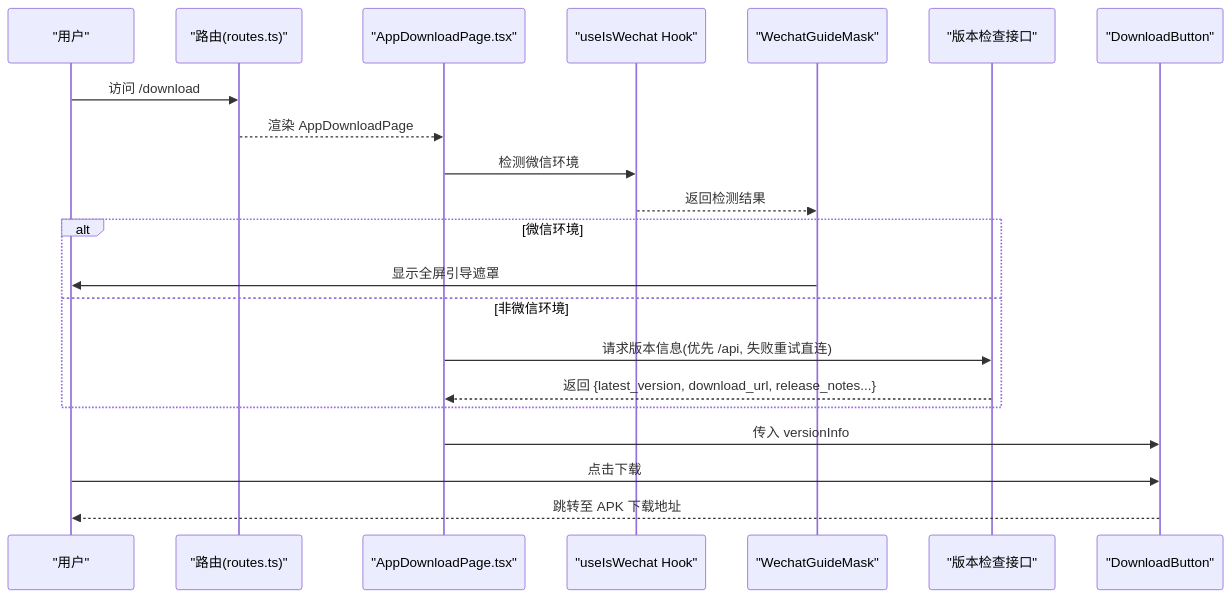
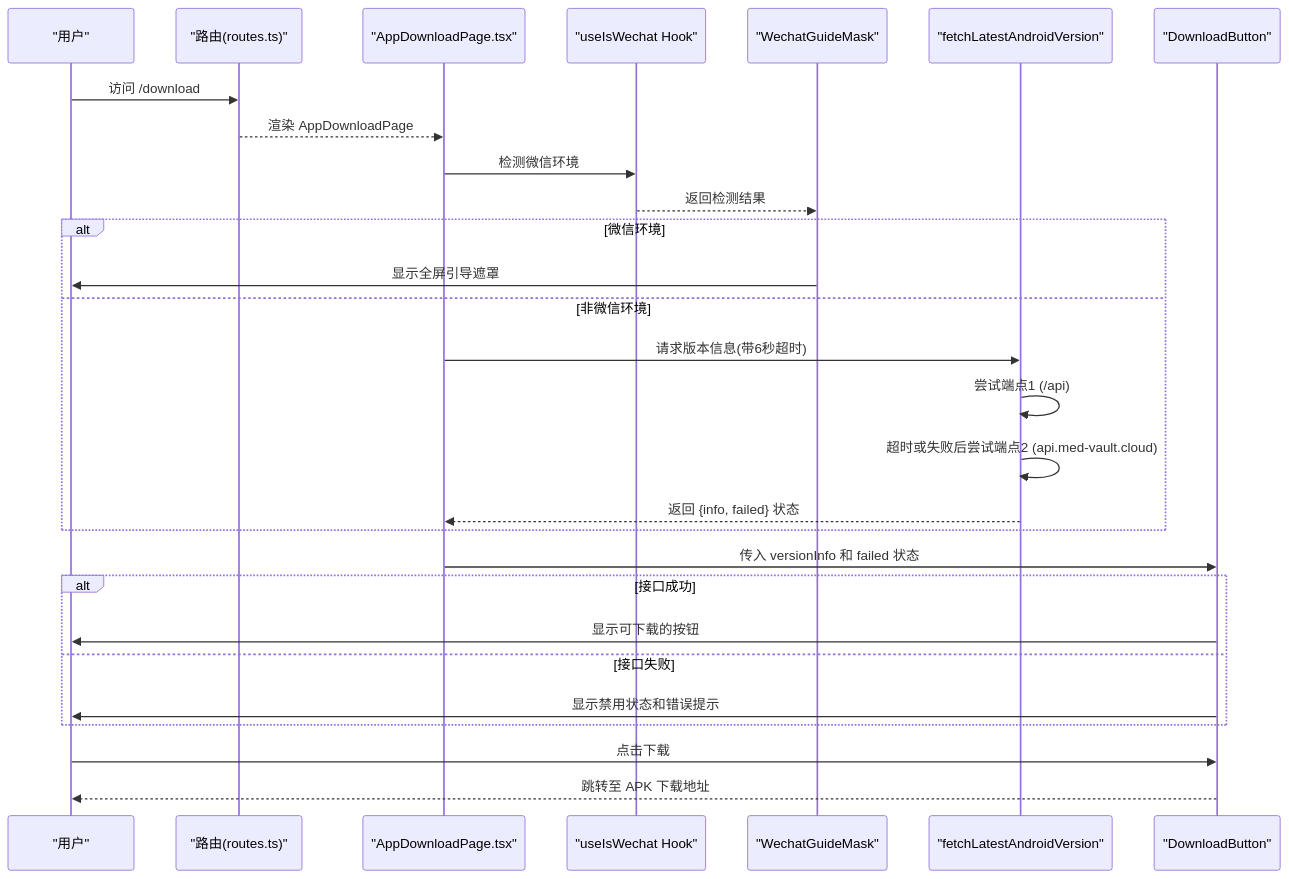
One commit to BlackWhiteBlock/med-vault-website changed the second of 8 diagrams in .qoder/repowiki/zh/content/架构设计/组件架构设计/页面组件/应用下载落地页.md. Above: the diagram before and after it, drawn with Mermaid. The commit also changed other lines of this file and 4 other files, not shown here.

````diff
--- a/.qoder/repowiki/zh/content/架构设计/组件架构设计/页面组件/应用下载落地页.md
+++ b/.qoder/repowiki/zh/content/架构设计/组件架构设计/页面组件/应用下载落地页.md
@@ -107,23 +120,30 @@
 ```mermaid
 sequenceDiagram
 participant U as "用户"
 participant R as "路由(routes.ts)"
 participant P as "AppDownloadPage.tsx"
 participant W as "useIsWechat Hook"
 participant M as "WechatGuideMask"
-participant V as "版本检查接口"
+participant V as "fetchLatestAndroidVersion"
 participant B as "DownloadButton"
 U->>R : 访问 /download
 R-->>P : 渲染 AppDownloadPage
 P->>W : 检测微信环境
 W-->>M : 返回检测结果
 alt 微信环境
 M->>U : 显示全屏引导遮罩
 else 非微信环境
-P->>V : 请求版本信息(优先 /api, 失败重试直连)
-V-->>P : 返回 {latest_version, download_url, release_notes...}
+P->>V : 请求版本信息(带6秒超时)
+V->>V : 尝试端点1 (/api)
+V->>V : 超时或失败后尝试端点2 (api.med-vault.cloud)
+V-->>P : 返回 {info, failed} 状态
 end
-P->>B : 传入 versionInfo
+P->>B : 传入 versionInfo 和 failed 状态
+alt 接口成功
+B->>U : 显示可下载的按钮
+else 接口失败
+B->>U : 显示禁用状态和错误提示
+end
 U->>B : 点击下载
 B-->>U : 跳转至 APK 下载地址
 ```
````
